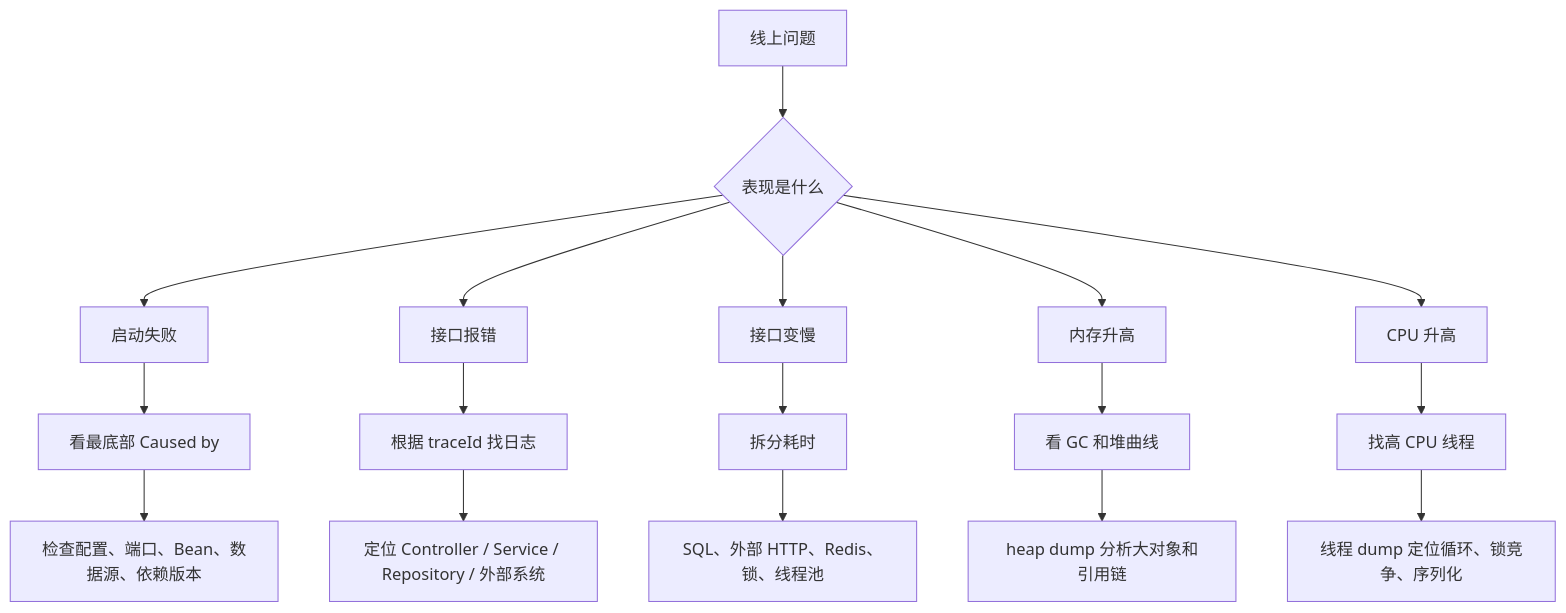
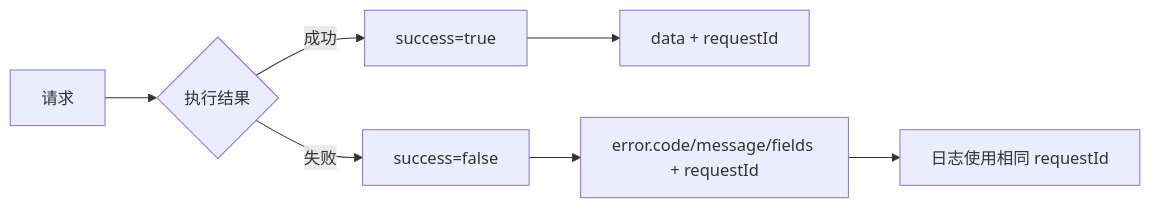
One commit to yokry-he/yok-study-web changed diagram 17 of 29 in docs/java/visual-guide.md. Above: the diagram before and after it, drawn with Mermaid. The commit also changed other lines of this file and 277 other files, not shown here.

````diff
--- a/docs/java/visual-guide.md
+++ b/docs/java/visual-guide.md
@@ -205,24 +441,9 @@
 ```mermaid
-flowchart TD
-  A["线上问题"] --> B{"表现是什么"}
-  B --> C["启动失败"]
-  B --> D["接口报错"]
-  B --> E["接口变慢"]
-  B --> F["内存升高"]
-  B --> G["CPU 升高"]
-
-  C --> C1["看最底部 Caused by"]
-  C1 --> C2["检查配置、端口、Bean、数据源、依赖版本"]
-
-  D --> D1["根据 traceId 找日志"]
-  D1 --> D2["定位 Controller / Service / Repository / 外部系统"]
-
-  E --> E1["拆分耗时"]
-  E1 --> E2["SQL、外部 HTTP、Redis、锁、线程池"]
-
-  F --> F1["看 GC 和堆曲线"]
-  F1 --> F2["heap dump 分析大对象和引用链"]
-
-  G --> G1["找高 CPU 线程"]
-  G1 --> G2["线程 dump 定位循环、锁竞争、序列化"]
+flowchart LR
+  A["请求"] --> B{"执行结果"}
+  B -- "成功" --> C["success=true"]
+  C --> D["data + requestId"]
+  B -- "失败" --> E["success=false"]
+  E --> F["error.code/message/fields + requestId"]
+  F --> G["日志使用相同 requestId"]
 ```
````
